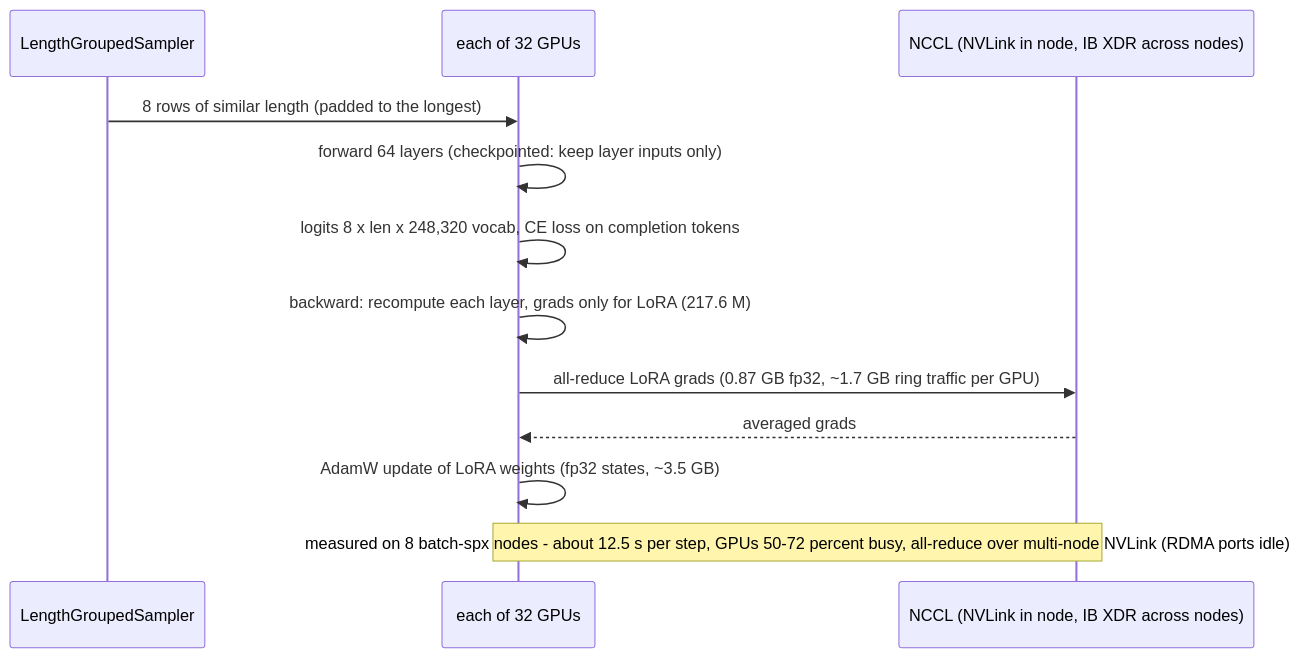
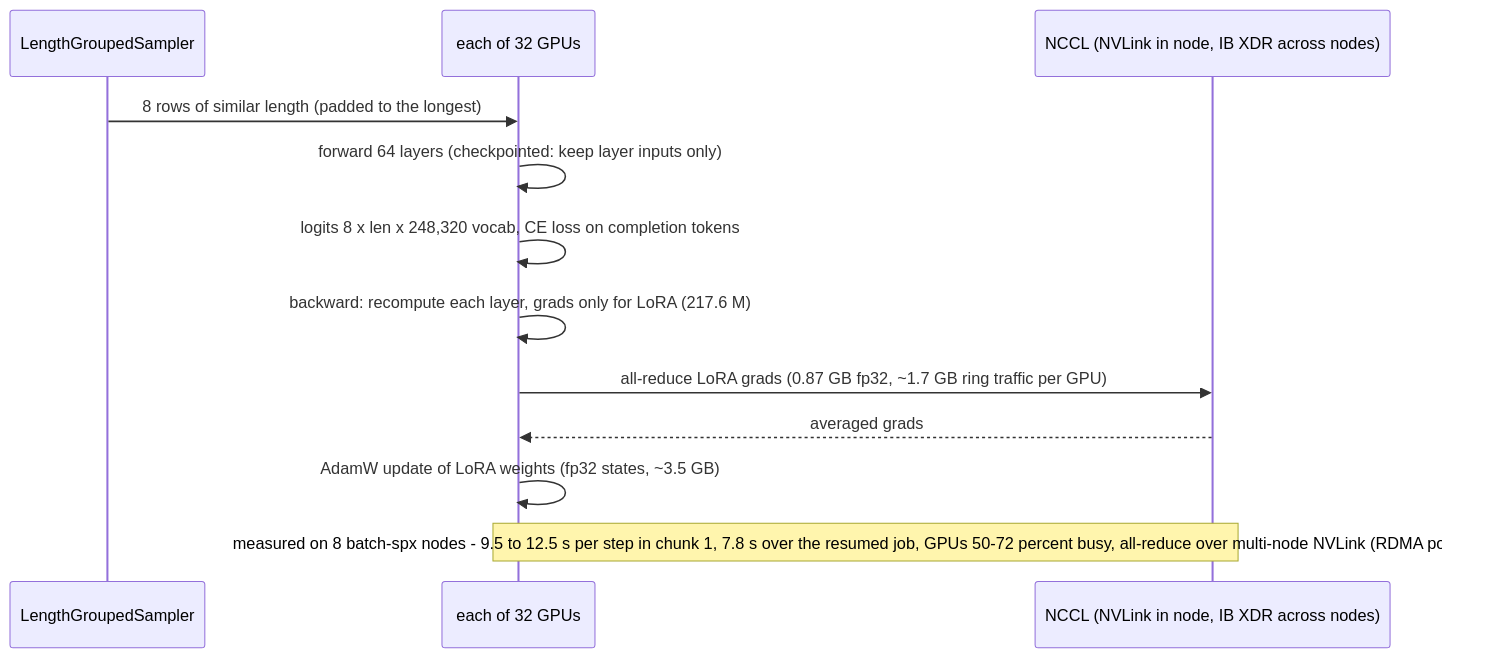
Before and after one commit to balakreshnan/CricketDataFineTuning: diagram 11 of 14 in cricket/ARCHITECTURE.md, drawn with Mermaid. The commit also changed other lines of this file and 4 other files, not shown here.

````diff
--- a/cricket/ARCHITECTURE.md
+++ b/cricket/ARCHITECTURE.md
@@ -294,14 +295,14 @@
 ```mermaid
 sequenceDiagram
   participant S as LengthGroupedSampler
   participant G as each of 32 GPUs
   participant N as NCCL (NVLink in node, IB XDR across nodes)
   S->>G: 8 rows of similar length (padded to the longest)
   G->>G: forward 64 layers (checkpointed: keep layer inputs only)
   G->>G: logits 8 x len x 248,320 vocab, CE loss on completion tokens
   G->>G: backward: recompute each layer, grads only for LoRA (217.6 M)
   G->>N: all-reduce LoRA grads (0.87 GB fp32, ~1.7 GB ring traffic per GPU)
   N-->>G: averaged grads
   G->>G: AdamW update of LoRA weights (fp32 states, ~3.5 GB)
-  Note over G,N: measured on 8 batch-spx nodes - about 12.5 s per step, GPUs 50-72 percent busy, all-reduce over multi-node NVLink (RDMA ports idle)
+  Note over G,N: measured on 8 batch-spx nodes - 9.5 to 12.5 s per step in chunk 1, 7.8 s over the resumed job, GPUs 50-72 percent busy, all-reduce over multi-node NVLink (RDMA ports idle)
 ```
````
